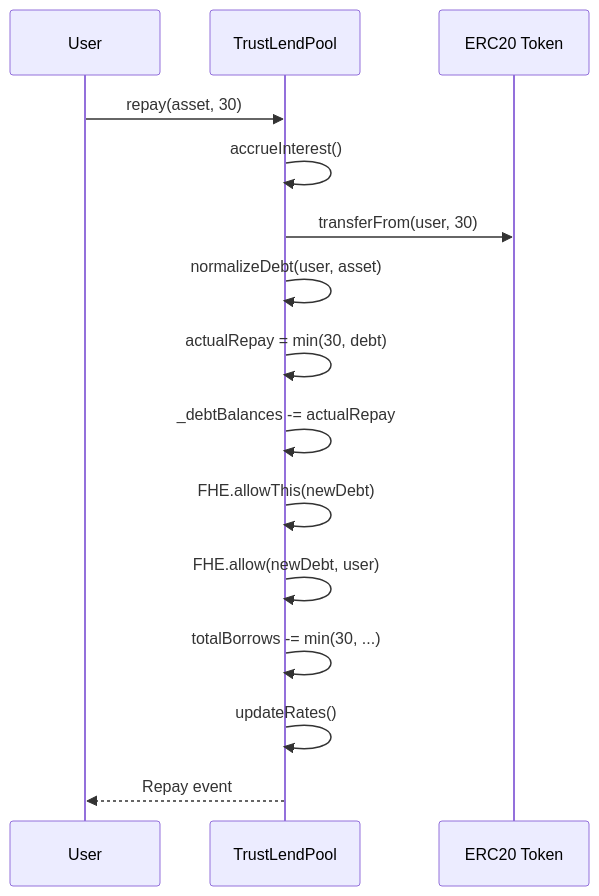
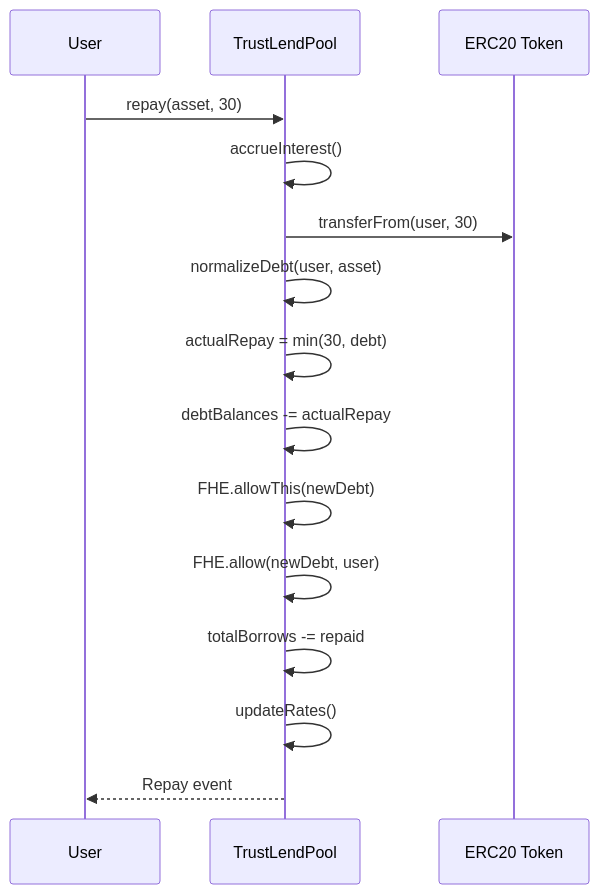
The diagram in fhield-docs/docs/devdocs/User Flows/Repay.md (PhuocNG0308/fhield), drawn with Mermaid before and after one commit. The commit also changed 24 other files, not shown here.

````diff
--- a/fhield-docs/docs/devdocs/User Flows/Repay.md
+++ b/fhield-docs/docs/devdocs/User Flows/Repay.md
@@ -12,18 +12,18 @@
 ```mermaid
 sequenceDiagram
     participant User
-    participant TrustLendPool
-    participant ERC20 Token
+    participant Pool as TrustLendPool
+    participant ERC20 as ERC20 Token
 
-    User->>TrustLendPool: repay(asset, 30)
-    TrustLendPool->>TrustLendPool: accrueInterest()
-    TrustLendPool->>ERC20 Token: transferFrom(user, 30)
-    TrustLendPool->>TrustLendPool: normalizeDebt(user, asset)
-    TrustLendPool->>TrustLendPool: actualRepay = min(30, debt)
-    TrustLendPool->>TrustLendPool: _debtBalances -= actualRepay
-    TrustLendPool->>TrustLendPool: FHE.allowThis(newDebt)
-    TrustLendPool->>TrustLendPool: FHE.allow(newDebt, user)
-    TrustLendPool->>TrustLendPool: totalBorrows -= min(30, ...)
-    TrustLendPool->>TrustLendPool: updateRates()
-    TrustLendPool-->>User: Repay event
+    User->>Pool: repay(asset, 30)
+    Pool->>Pool: accrueInterest()
+    Pool->>ERC20: transferFrom(user, 30)
+    Pool->>Pool: normalizeDebt(user, asset)
+    Pool->>Pool: actualRepay = min(30, debt)
+    Pool->>Pool: debtBalances -= actualRepay
+    Pool->>Pool: FHE.allowThis(newDebt)
+    Pool->>Pool: FHE.allow(newDebt, user)
+    Pool->>Pool: totalBorrows -= repaid
+    Pool->>Pool: updateRates()
+    Pool-->>User: Repay event
 ```
````
